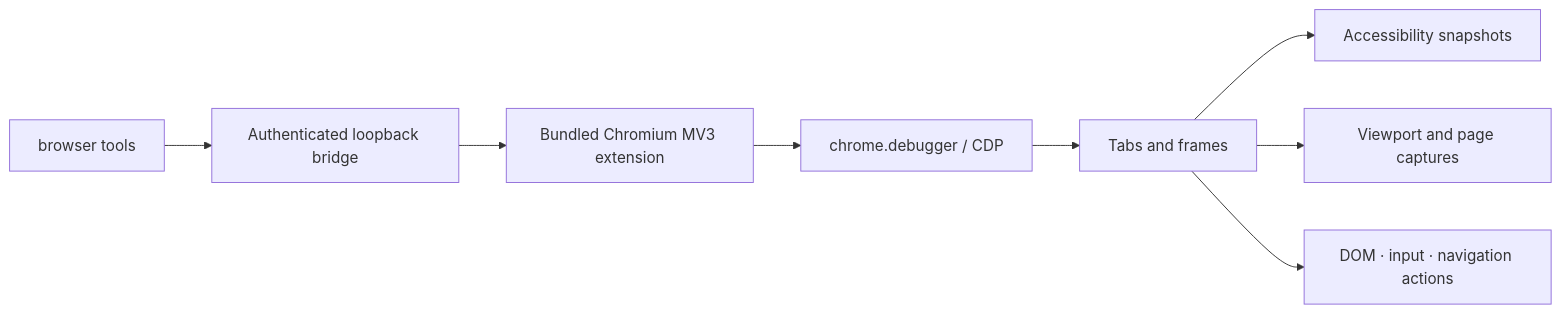
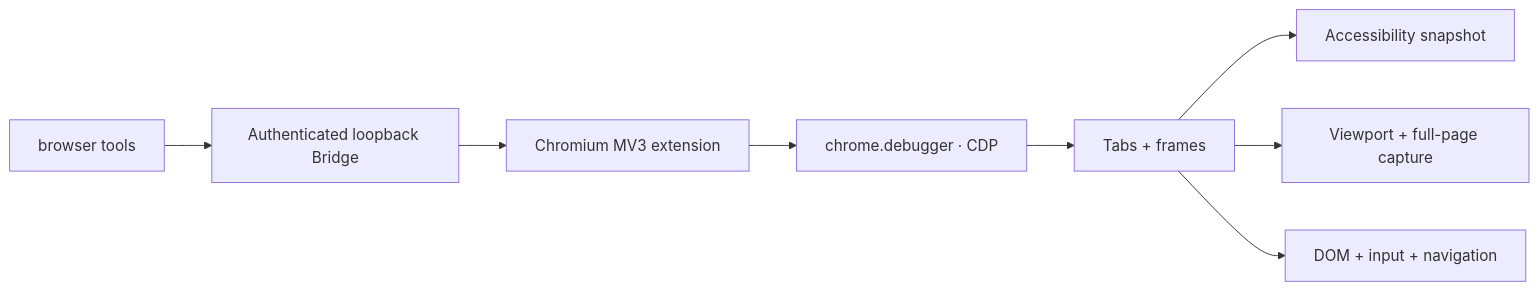
Before and after one commit to hicancan/local-runtime-mcp: the seventh of 7 diagrams in README.md, drawn with Mermaid. The commit also changed other lines of this file and 21 other files, not shown here.

````diff
--- a/README.md
+++ b/README.md
@@ -168,10 +227,10 @@
 ```mermaid
 flowchart LR
-    TOOLS[browser tools] --> BRIDGE[Authenticated loopback bridge]
-    BRIDGE --> EXT[Bundled Chromium MV3 extension]
-    EXT --> CDP[chrome.debugger / CDP]
-    CDP --> TABS[Tabs and frames]
-    TABS --> SNAP[Accessibility snapshots]
-    TABS --> SHOT[Viewport and page captures]
-    TABS --> ACT[DOM · input · navigation actions]
+    TOOLS[browser tools] --> BRIDGE[Authenticated loopback Bridge]
+    BRIDGE --> EXT[Chromium MV3 extension]
+    EXT --> CDP[chrome.debugger · CDP]
+    CDP --> TAB[Tabs + frames]
+    TAB --> SNAP[Accessibility snapshot]
+    TAB --> SHOT[Viewport + full-page capture]
+    TAB --> ACT[DOM + input + navigation]
 ```
````
